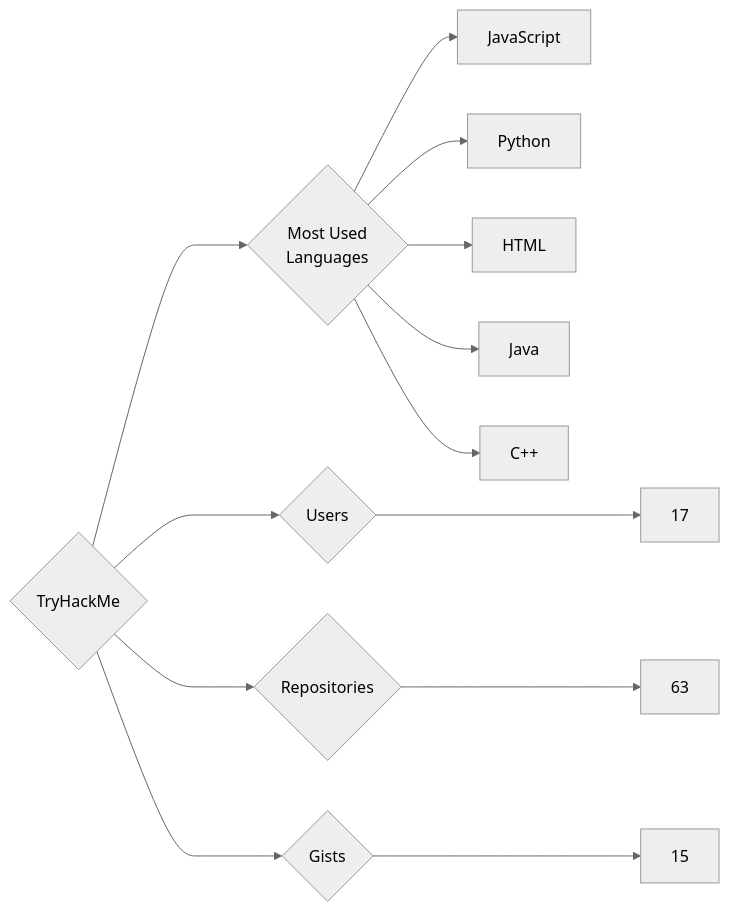
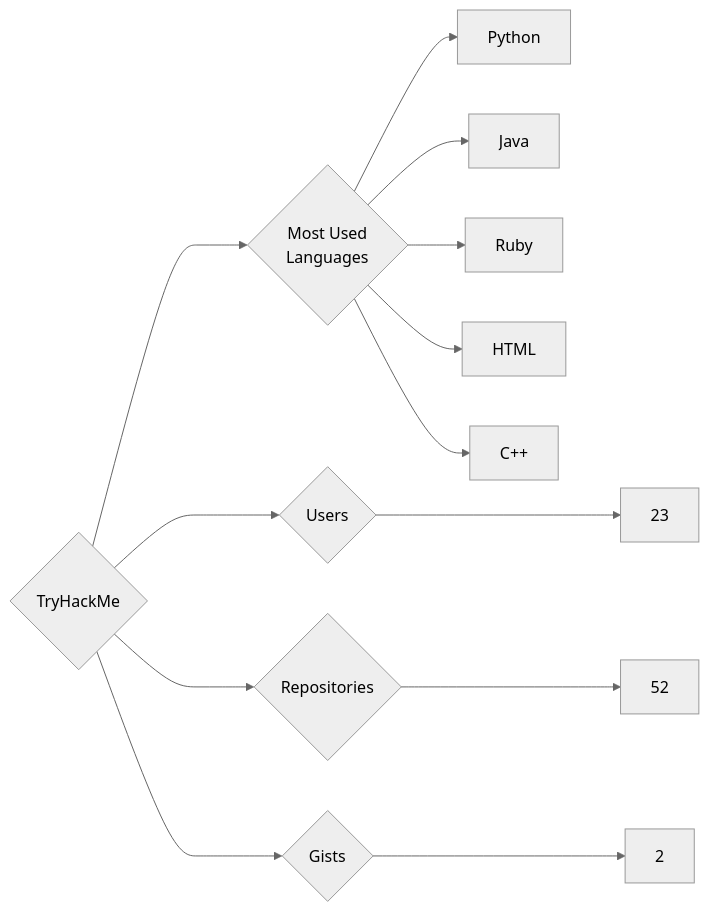
The diagram in targets/TryHackMe/README.md (trickest/insiders), drawn with Mermaid (neutral theme) before and after one commit. The commit also changed 728 other files, not shown here.

````diff
--- a/targets/TryHackMe/README.md
+++ b/targets/TryHackMe/README.md
@@ -3,13 +3,13 @@
 ```mermaid
 graph LR
 COMPANY_NAME{TryHackMe}
-COMPANY_NAME ---> U{Users} ---> UN[17]
-COMPANY_NAME ---> R{Repositories} ---> RN[63]
-COMPANY_NAME ---> G{Gists} ---> GN[15]
+COMPANY_NAME ---> U{Users} ---> UN[23]
+COMPANY_NAME ---> R{Repositories} ---> RN[52]
+COMPANY_NAME ---> G{Gists} ---> GN[2]
 COMPANY_NAME ---> ML{Most Used<br>Languages}
-ML --> JavaScript[JavaScript]
 ML --> Python[Python]
+ML --> Java[Java]
+ML --> Ruby[Ruby]
 ML --> HTML[HTML]
-ML --> Java[Java]
 ML --> C++[C++]
 ```
````
